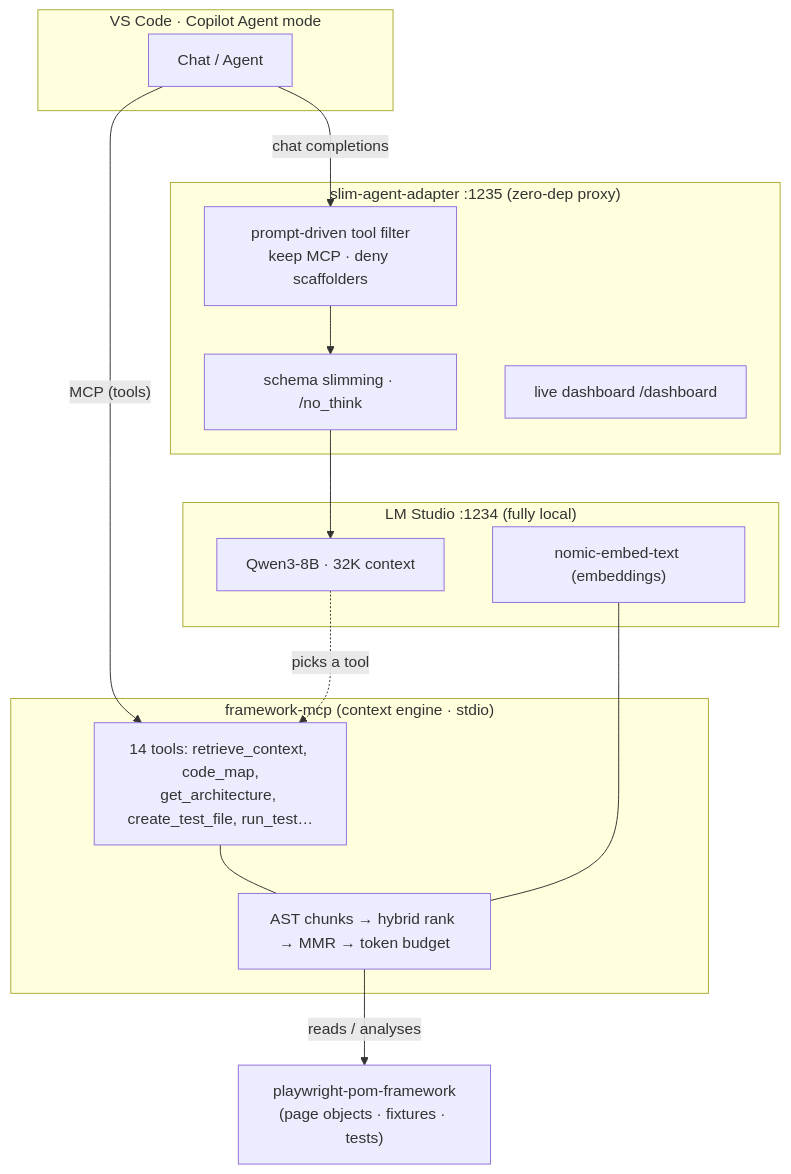
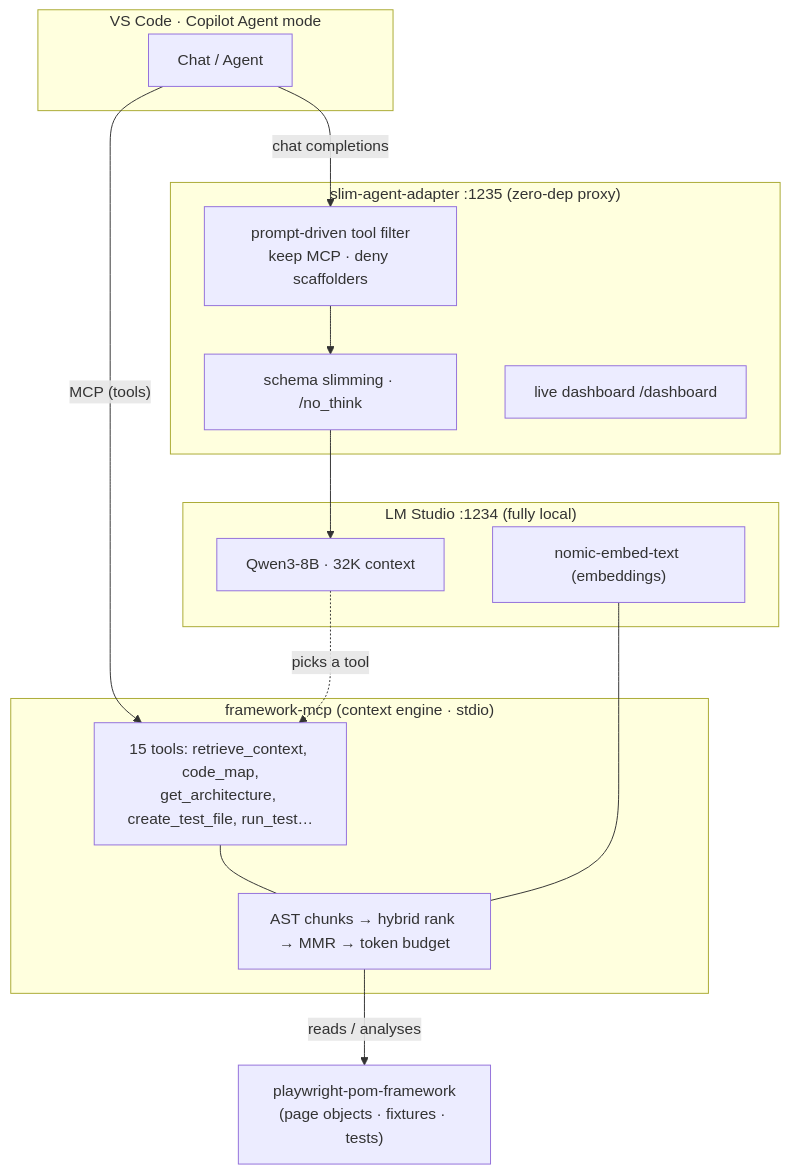
The diagram in README.md (pruthive580/PlayWright-RAG-CustomMCP), drawn with Mermaid before and after one commit. The commit also changed other lines of this file and 9 other files, not shown here.

````diff
--- a/README.md
+++ b/README.md
@@ -24,31 +24,31 @@
 ```mermaid
 flowchart TB
   subgraph vscode["VS Code · Copilot Agent mode"]
     chat["Chat / Agent"]
   end
 
   subgraph adapter["slim-agent-adapter  :1235  (zero-dep proxy)"]
     filt["prompt-driven tool filter<br/>keep MCP · deny scaffolders"]
     slim["schema slimming · /no_think"]
     dash["live dashboard /dashboard"]
   end
 
   subgraph lms["LM Studio  :1234  (fully local)"]
     llm["Qwen3-8B · 32K context"]
     emb["nomic-embed-text (embeddings)"]
   end
 
   subgraph mcp["framework-mcp  (context engine · stdio)"]
-    tools["14 tools: retrieve_context, code_map,<br/>get_architecture, create_test_file, run_test…"]
+    tools["15 tools: retrieve_context, code_map,<br/>get_architecture, create_test_file, run_test…"]
     rag["AST chunks → hybrid rank → MMR → token budget"]
   end
 
   fw["playwright-pom-framework<br/>(page objects · fixtures · tests)"]
 
   chat -- "chat completions" --> filt --> slim --> llm
   emb --- rag
   chat -- "MCP (tools)" --> tools
   tools --- rag
   rag -- "reads / analyses" --> fw
   llm -. "picks a tool" .-> tools
 ```
````
